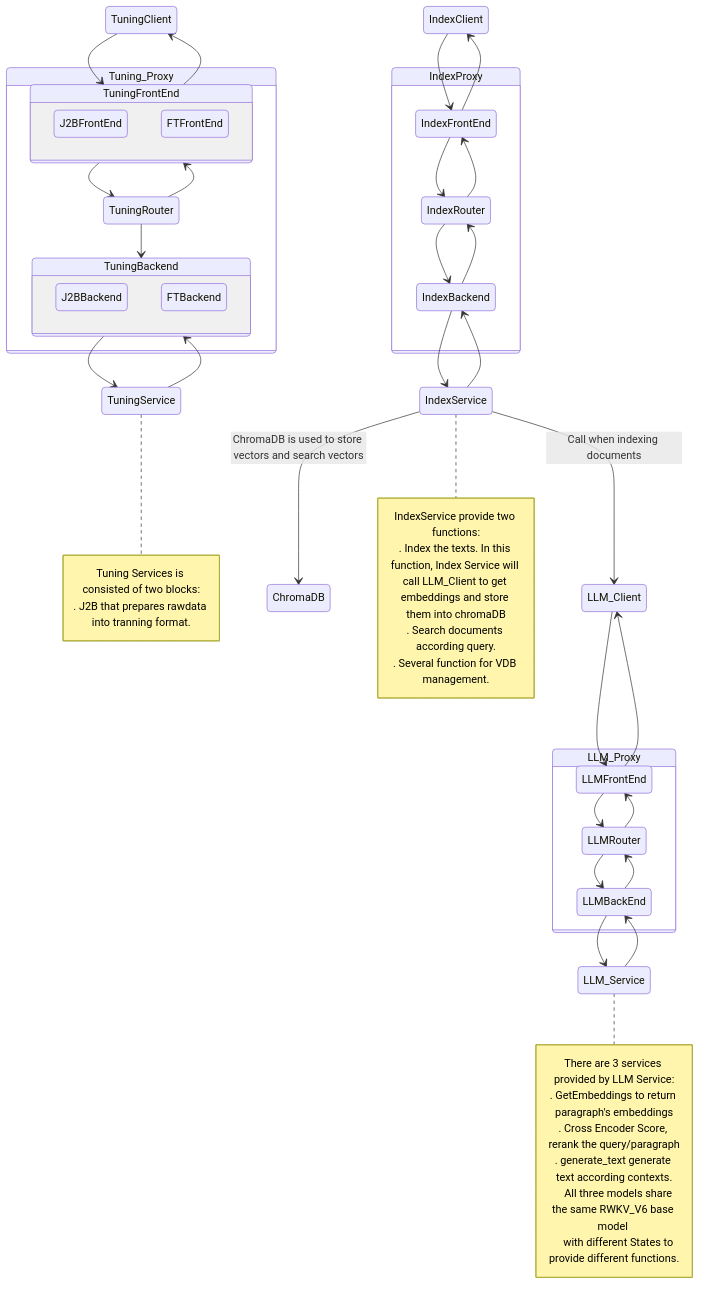
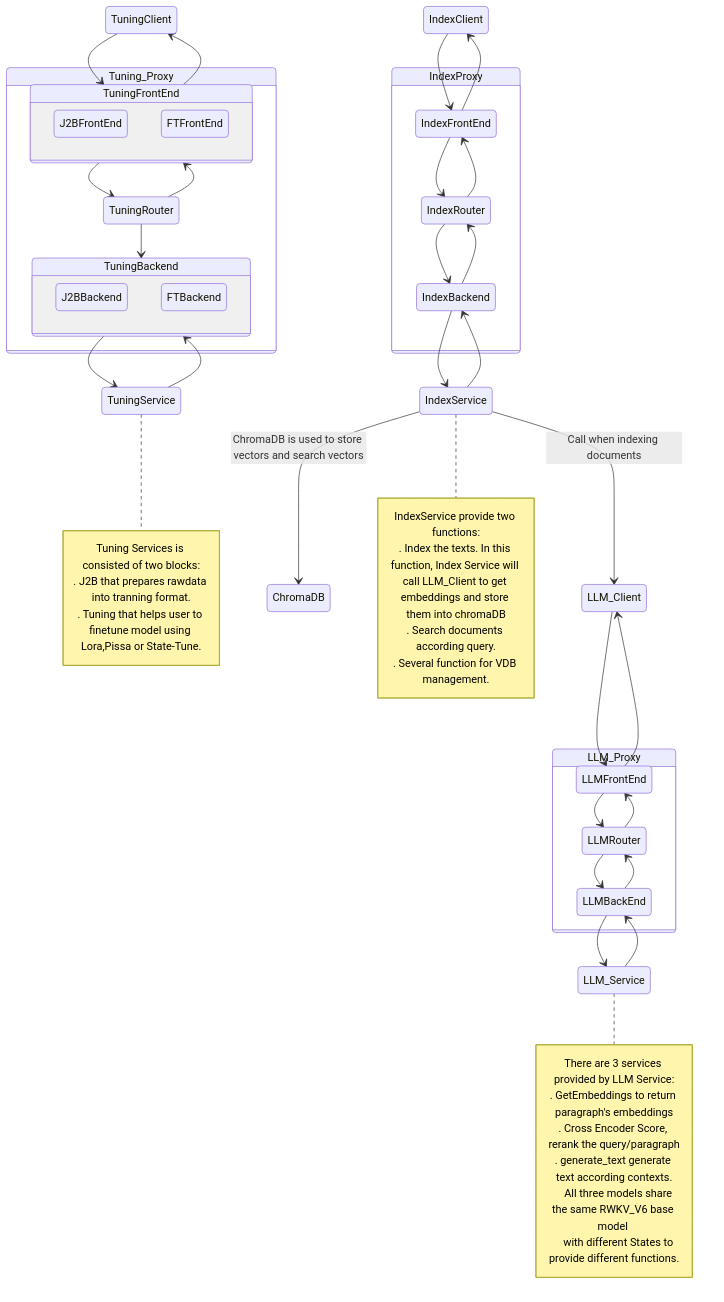
The fourth of 4 diagrams in README.md (AIIRWKV/RWKV-RAG), drawn with Mermaid before and after one commit.

````diff
--- a/README.md
+++ b/README.md
@@ -154,74 +154,75 @@
 ```mermaid
 stateDiagram-v2
 
 LLM_Client --> LLMFrontEnd
 LLMFrontEnd --> LLM_Client
 LLM_Proxy
 state LLM_Proxy{
     LLMFrontEnd --> LLMRouter 
     LLMRouter --> LLMBackEnd
     LLMRouter --> LLMFrontEnd
     LLMBackEnd --> LLMRouter
 }
 LLMBackEnd --> LLM_Service
 LLM_Service --> LLMBackEnd
 note right of LLM_Service
     There are 3 services provided by LLM Service:
     . GetEmbeddings to return paragraph's embeddings
     . Cross Encoder Score, rerank the query/paragraph
     . generate_text generate text according contexts.
 
     All three models share the same RWKV_V6 base model 
     with different States to provide different functions.
 end note
 
 TuningClient
 Tuning_Proxy
 state Tuning_Proxy{
     TuningFrontEnd
     state TuningFrontEnd{
         J2BFrontEnd
         FTFrontEnd
     }
     TuningFrontEnd --> TuningRouter 
     TuningRouter -->  TuningFrontEnd
     TuningRouter --> TuningBackend
     TuningBackend
     state TuningBackend{
         J2BBackend
         FTBackend
     }
 }
 TuningClient --> TuningFrontEnd
 TuningFrontEnd --> TuningClient
 TuningService --> TuningBackend
 TuningBackend --> TuningService
 note right of TuningService
 Tuning Services is consisted of two blocks:
 . J2B that prepares rawdata into tranning format.
+. Tuning that helps user to finetune model using Lora,Pissa or State-Tune.
 end note
 
 
 IndexClient
 IndexProxy
 state IndexProxy{
     IndexFrontEnd --> IndexRouter
     IndexRouter --> IndexFrontEnd
     IndexRouter --> IndexBackend
     IndexBackend --> IndexRouter
 }
 IndexClient --> IndexFrontEnd
 IndexFrontEnd --> IndexClient
 IndexBackend --> IndexService
 IndexService --> IndexBackend
 IndexService --> LLM_Client :Call when indexing documents
 IndexService --> ChromaDB :ChromaDB is used to store vectors and search vectors
 note right of IndexService
 IndexService provide two functions:
 . Index the texts. In this function, Index Service will call LLM_Client to get embeddings and store them into chromaDB
 . Search documents according query.
 . Several function for VDB management.
 
 end note
 
 ```
````
